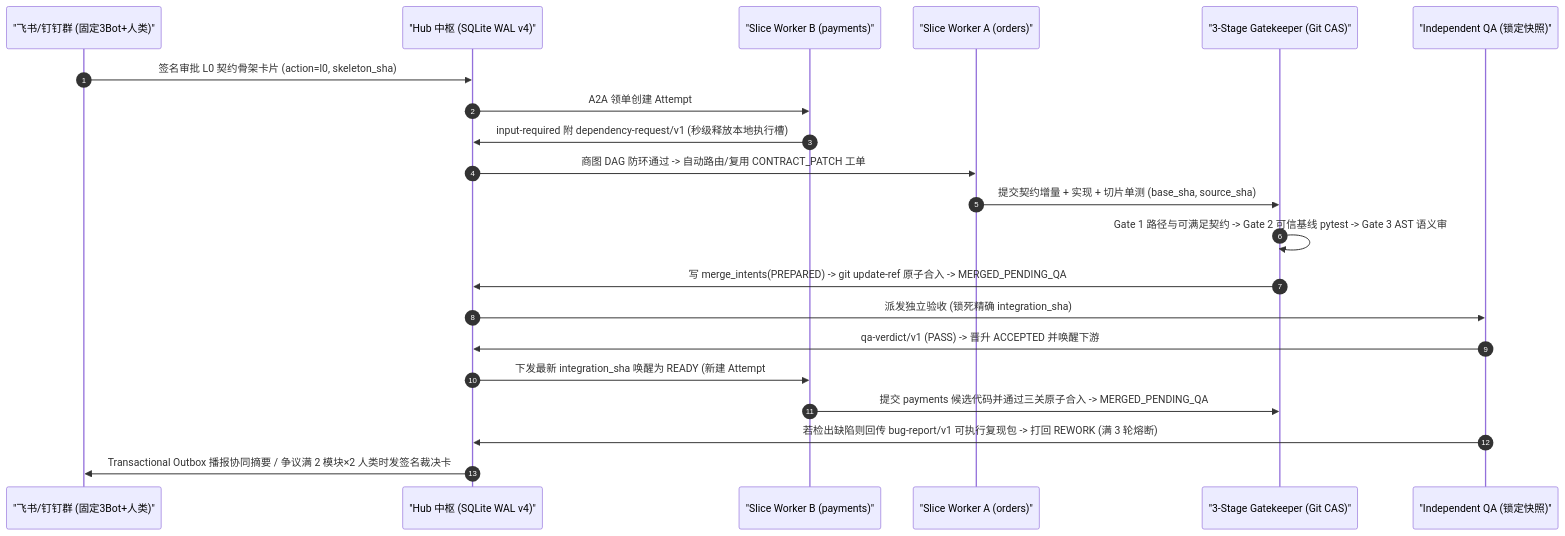
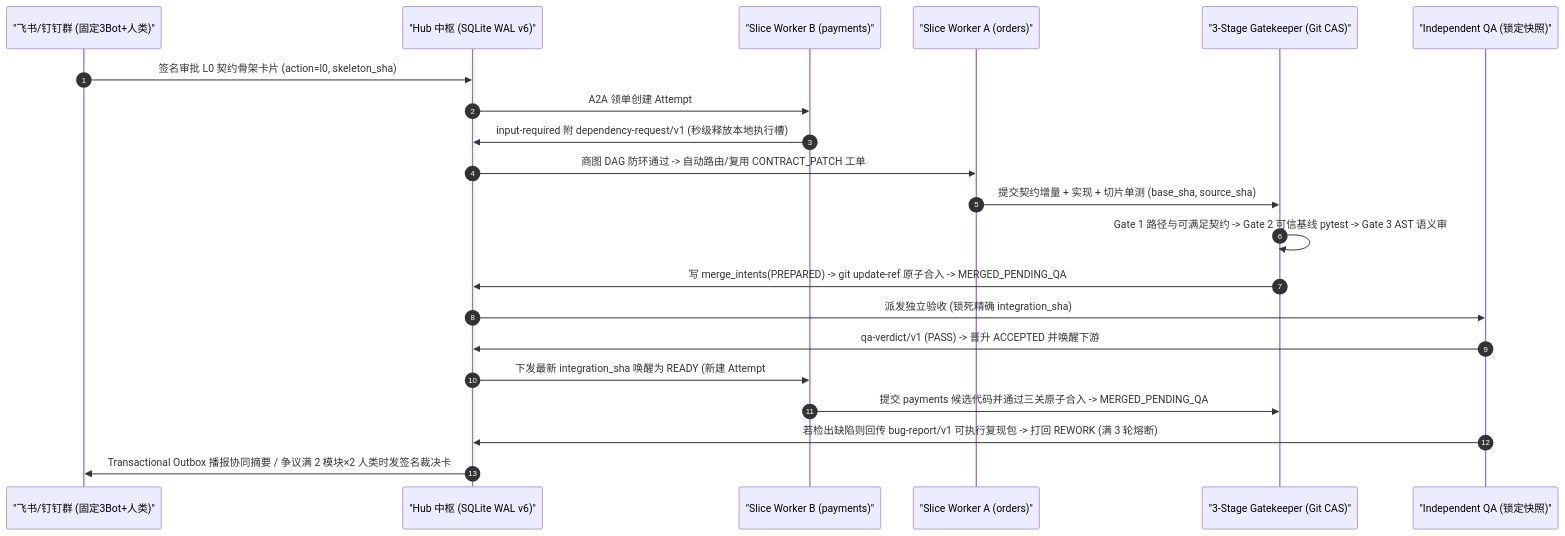
The diagram in README.md (icaikun/a2a-slice-hub), drawn with Mermaid before and after one commit. The commit also changed other lines of this file and 35 other files, not shown here.

````diff
--- a/README.md
+++ b/README.md
@@ -29,24 +29,24 @@
 ```mermaid
 sequenceDiagram
     autonumber
     participant IM as "飞书/钉钉群 (固定3Bot+人类)"
-    participant Hub as "Hub 中枢 (SQLite WAL v4)"
+    participant Hub as "Hub 中枢 (SQLite WAL v6)"
     participant DevB as "Slice Worker B (payments)"
     participant DevA as "Slice Worker A (orders)"
     participant GK as "3-Stage Gatekeeper (Git CAS)"
     participant QA as "Independent QA (锁定快照)"
 
     IM->>Hub: 签名审批 L0 契约骨架卡片 (action=l0, skeleton_sha)
     Hub->>DevB: A2A 领单创建 Attempt #1 (lease_epoch=1, READY -> ACTIVE)
     DevB->>Hub: input-required 附 dependency-request/v1 (秒级释放本地执行槽)
     Hub->>DevA: 商图 DAG 防环通过 -> 自动路由/复用 CONTRACT_PATCH 工单
     DevA->>GK: 提交契约增量 + 实现 + 切片单测 (base_sha, source_sha)
     GK->>GK: Gate 1 路径与可满足契约 -> Gate 2 可信基线 pytest -> Gate 3 AST 语义审
     GK->>Hub: 写 merge_intents(PREPARED) -> git update-ref 原子合入 -> MERGED_PENDING_QA
     Hub->>QA: 派发独立验收 (锁死精确 integration_sha)
     QA->>Hub: qa-verdict/v1 (PASS) -> 晋升 ACCEPTED 并唤醒下游
     Hub->>DevB: 下发最新 integration_sha 唤醒为 READY (新建 Attempt #2 继续开发)
     DevB->>GK: 提交 payments 候选代码并通过三关原子合入 -> MERGED_PENDING_QA
     QA->>Hub: 若检出缺陷则回传 bug-report/v1 可执行复现包 -> 打回 REWORK (满 3 轮熔断)
     Hub->>IM: Transactional Outbox 播报协同摘要 / 争议满 2 模块×2 人类时发签名裁决卡
 ```
````
